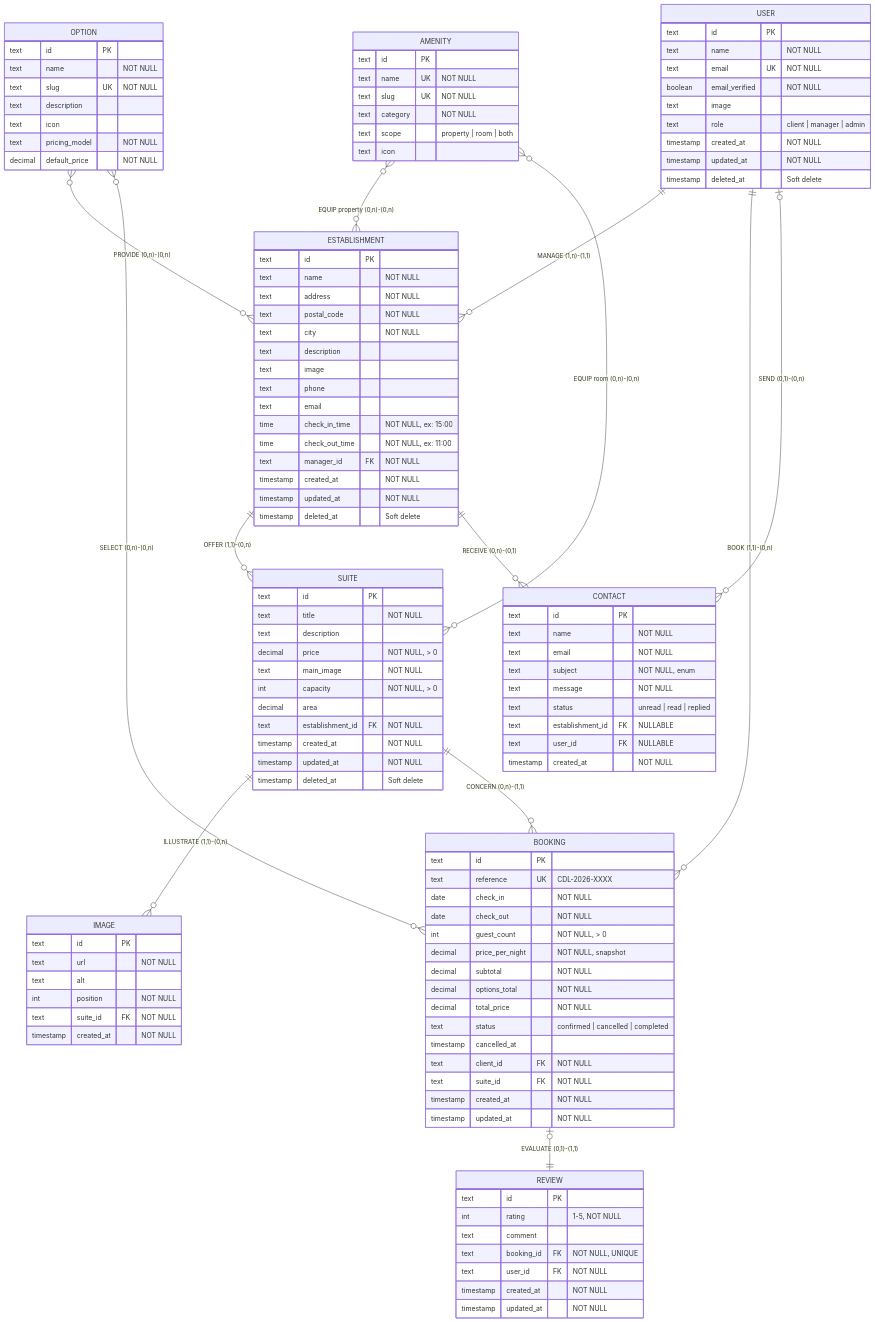
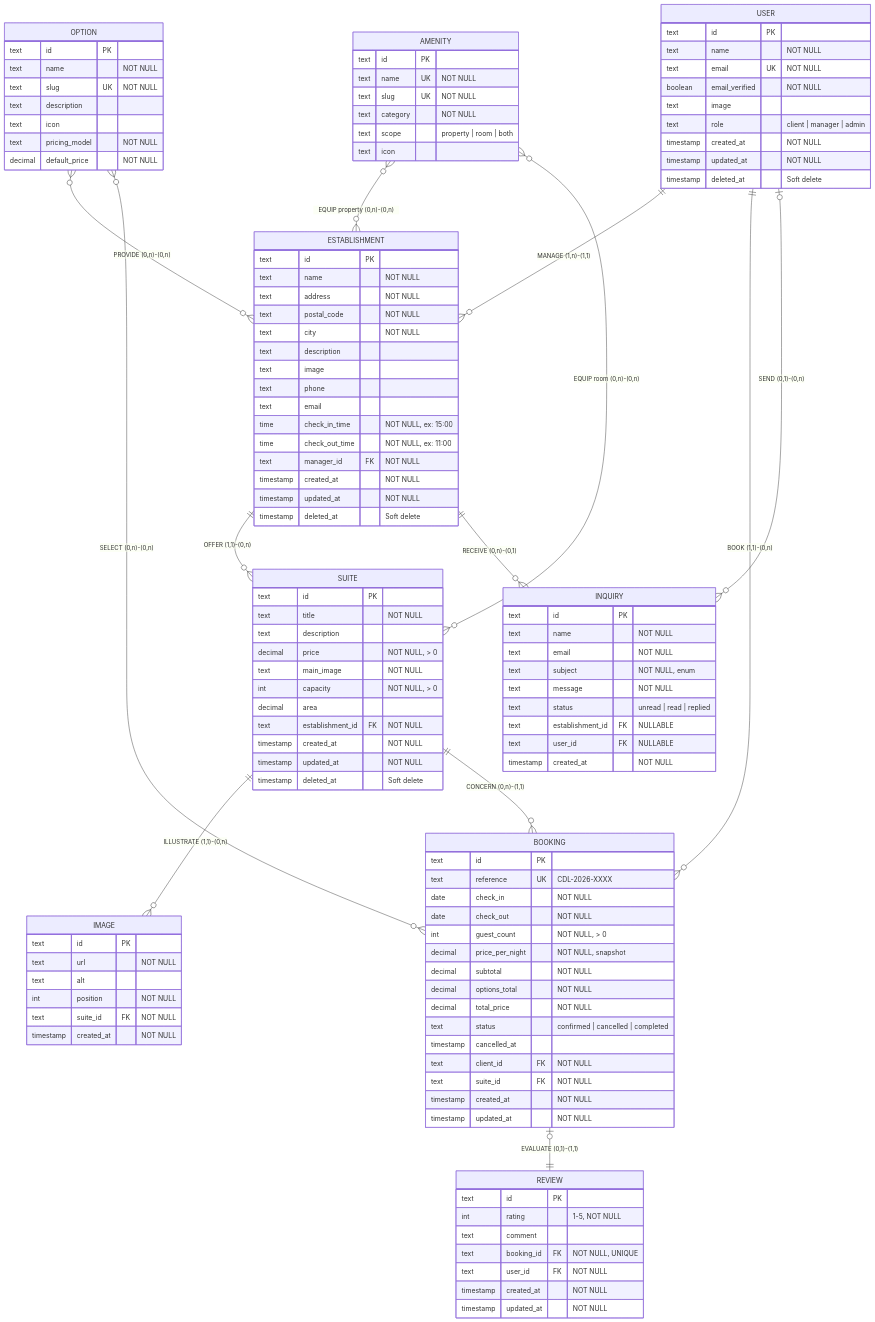
One commit to SIMPLON-DIST-CDA-260316/hotel-ab-jl-tt changed the first of 6 diagrams in docs/merise.md. Above: the diagram before and after it, drawn with Mermaid. The commit also changed other lines of this file, not shown here.

First line of the commit message:
docs: refine MERISE — review feedback, RGPD, inquiry rename

```diff
--- a/docs/merise.md
+++ b/docs/merise.md
@@ -231,8 +241,8 @@
     USER ||--o{ BOOKING : "BOOK (1,1)-(0,n)"
     SUITE ||--o{ BOOKING : "CONCERN (0,n)-(1,1)"
     BOOKING |o--|| REVIEW : "EVALUATE (0,1)-(1,1)"
-    ESTABLISHMENT ||--o{ CONTACT : "RECEIVE (0,n)-(0,1)"
-    USER |o--o{ CONTACT : "SEND (0,1)-(0,n)"
+    ESTABLISHMENT ||--o{ INQUIRY : "RECEIVE (0,n)-(0,1)"
+    USER |o--o{ INQUIRY : "SEND (0,1)-(0,n)"
 
     %% ─── Entités ───
 
@@ -336,7 +346,7 @@
         timestamp updated_at "NOT NULL"
     }
 
-    CONTACT {
+    INQUIRY {
         text id PK
         text name "NOT NULL"
         text email "NOT NULL"
```
